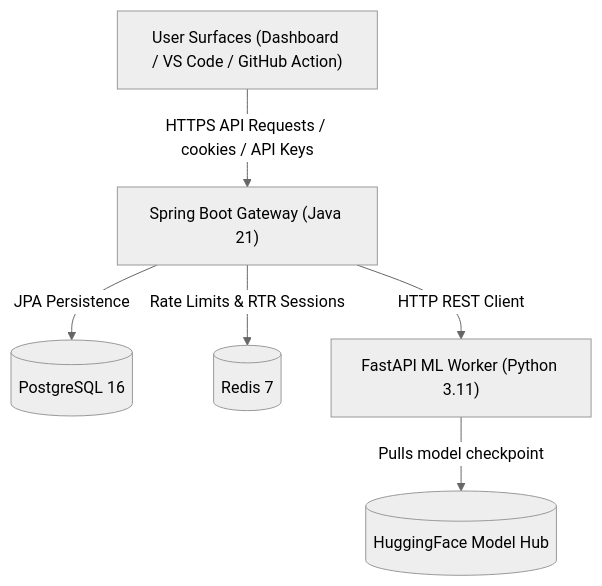
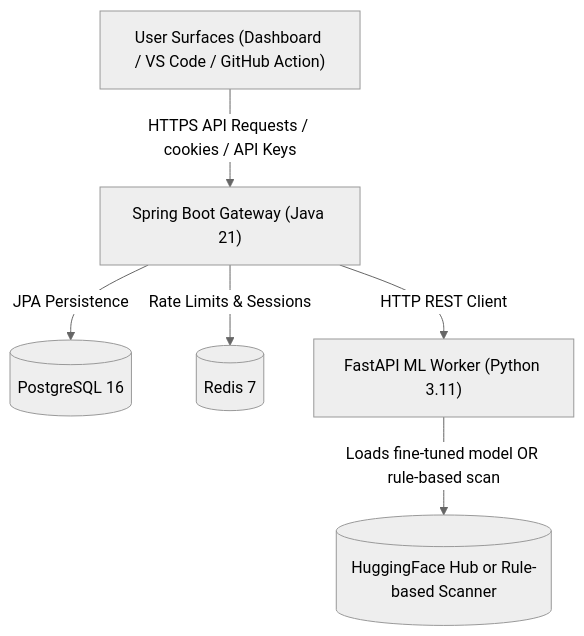
The first of 2 diagrams in README.md (tanmay-alpha/automated-code-review-tool), drawn with Mermaid (neutral theme) before and after one commit. The commit also changed other lines of this file and 1 other file, not shown here.

````diff
--- a/README.md
+++ b/README.md
@@ -73,15 +66,15 @@
 ```mermaid
 graph TD
     UserSurface["User Surfaces (Dashboard / VS Code / GitHub Action)"]
     Gateway["Spring Boot Gateway (Java 21)"]
     DB[(PostgreSQL 16)]
     Cache[(Redis 7)]
     MLWorker["FastAPI ML Worker (Python 3.11)"]
-    HFRepo[("HuggingFace Model Hub")]
+    HFRepo[("HuggingFace Hub or Rule-based Scanner")]
 
     UserSurface -->|HTTPS API Requests / cookies / API Keys| Gateway
     Gateway -->|JPA Persistence| DB
-    Gateway -->|Rate Limits & RTR Sessions| Cache
+    Gateway -->|Rate Limits & Sessions| Cache
     Gateway -->|HTTP REST Client| MLWorker
-    MLWorker -->|Pulls model checkpoint| HFRepo
+    MLWorker -->|Loads fine-tuned model OR rule-based scan| HFRepo
 ```
````
